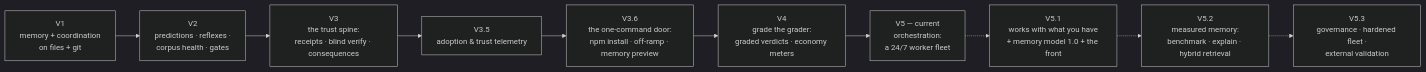
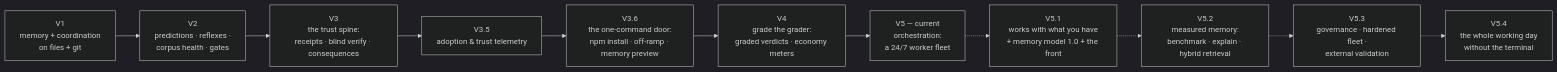
Before and after one commit to sma-framework/sma: the diagram in ROADMAP.md, drawn with Mermaid (dark theme). The commit also changed other lines of this file and 6 other files, not shown here.

First line of the commit message:
release: V5.4 — the whole working day, without the terminal

````diff
--- a/ROADMAP.md
+++ b/ROADMAP.md
@@ -9,12 +9,13 @@
 ```mermaid
 flowchart LR
     V1["V1<br>memory + coordination<br>on files + git"] --> V2["V2<br>predictions · reflexes ·<br>corpus health · gates"]
     V2 --> V3["V3<br>the trust spine:<br>receipts · blind verify · consequences"]
     V3 --> V35["V3.5<br>adoption & trust telemetry"]
     V35 --> V36["V3.6<br>the one-command door:<br>npm install · off-ramp · memory preview"]
     V36 --> V4["V4<br>grade the grader:<br>graded verdicts · economy meters"]
     V4 --> V5["V5 — current<br>orchestration:<br>a 24/7 worker fleet"]
     V5 -.-> V51["V5.1<br>works with what you have<br>+ memory model 1.0 + the front"]
     V51 -.-> V52["V5.2<br>measured memory:<br>benchmark · explain · hybrid retrieval"]
     V52 -.-> V53["V5.3<br>governance · hardened fleet ·<br>external validation"]
+    V53 -.-> V54["V5.4<br>the whole working day<br>without the terminal"]
 ```
````
